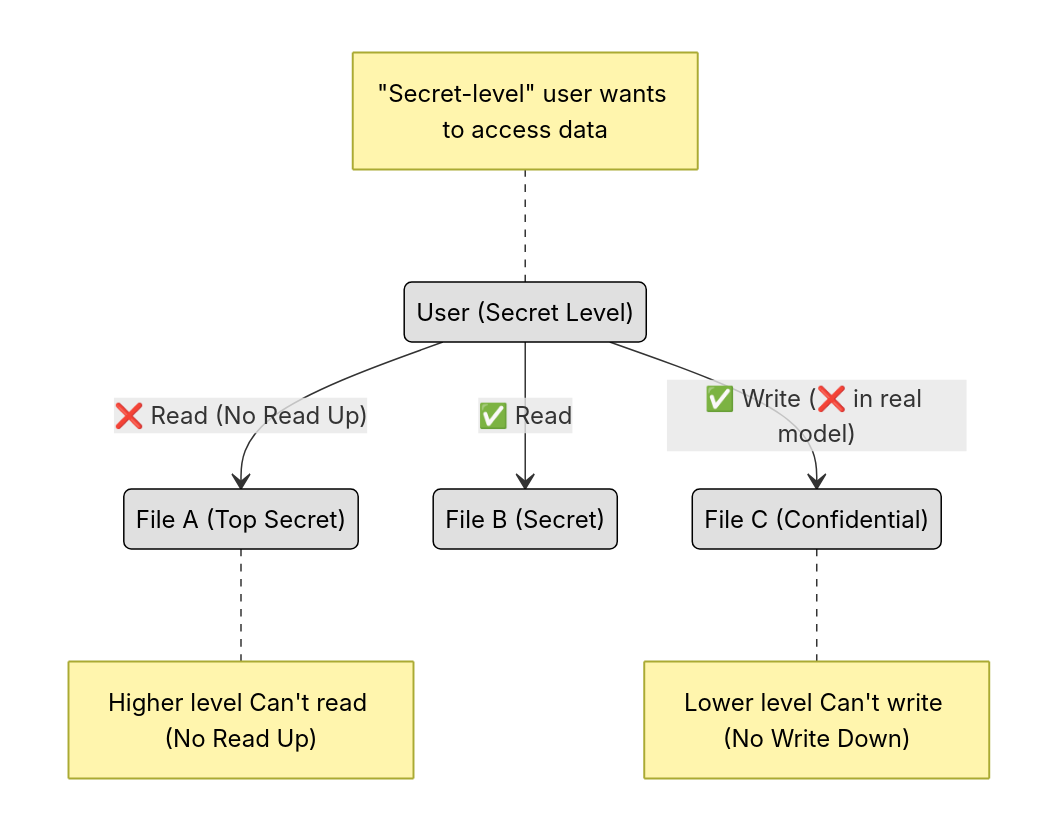
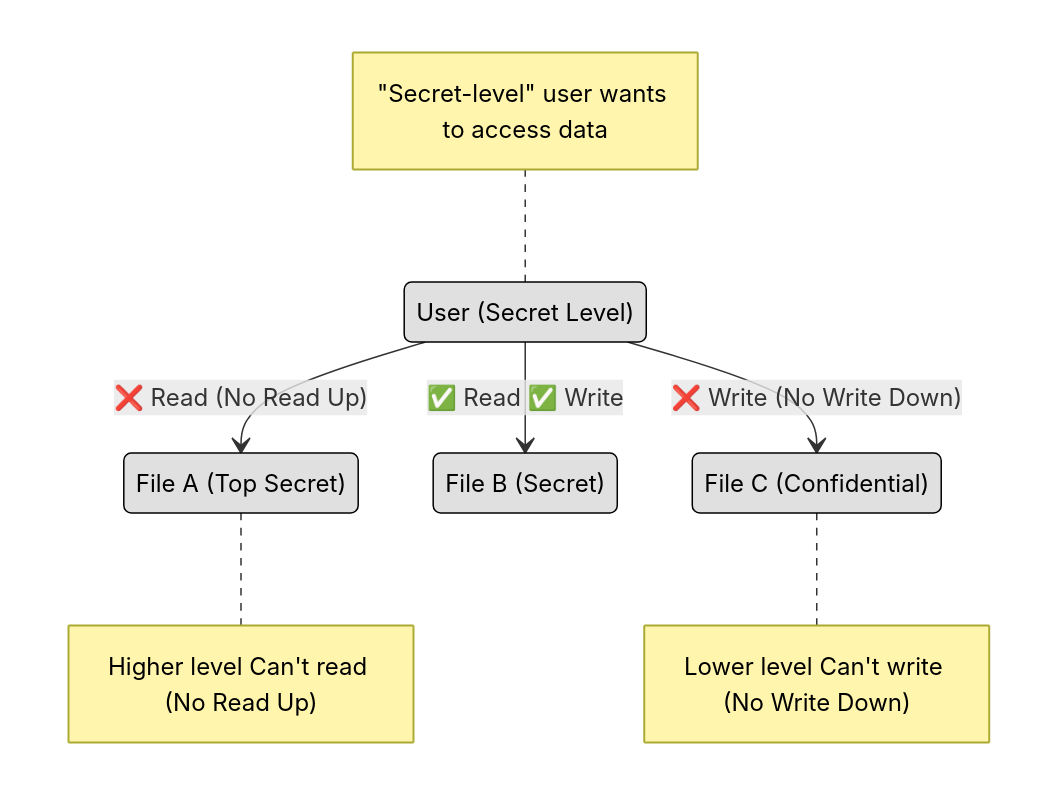
The ninth of 9 diagrams in DOMAIN3: Security Architecture and Engineering/3.02 Understand the fundamental concepts of security models (e.g. Biba, STar Model, Bell Lapadula).md (lorenzoleonelli/CISSP-Zero-to-Hero), drawn with Mermaid before and after one commit. The commit also changed other lines of this file, not shown here.

Commit message:
Update 3.02 Understand the fundamental concepts of security models (e.g. Biba, STar Model, Bell Lapadula).md

````diff
--- a/DOMAIN3: Security Architecture and Engineering/3.02 Understand the fundamental concepts of security models (e.g. Biba, STar Model, Bell Lapadula).md
+++ b/DOMAIN3: Security Architecture and Engineering/3.02 Understand the fundamental concepts of security models (e.g. Biba, STar Model, Bell Lapadula).md
@@ -250,30 +253,30 @@
 ```mermaid
 
 stateDiagram-v2
     direction TB
 
     state "User (Secret Level)" as User
     state "File A (Top Secret)" as FileTS
     state "File B (Secret)" as FileS
     state "File C (Confidential)" as FileC
 
     User --> FileTS : ❌ Read (No Read Up)
-    User --> FileS : ✅ Read
-    User --> FileC : ✅ Write (❌ in real model)
+    User --> FileS : ✅ Read ✅ Write
+    User --> FileC : ❌ Write (No Write Down)
 
     note right of FileTS
       Higher level Can't read (No Read Up)
     end note
 
     note right of FileC
       Lower level Can't write (No Write Down)
     end note
 
     note left of User
       "Secret-level" user wants to access data
     end note
 
 
     classDef center fill:#ffffff,color:#000000,stroke:#000000,stroke-width:1px,font-weight:bold
     classDef node fill:#e0e0e0,color:#000000,stroke:#000000,stroke-width:1px
 ```
````
